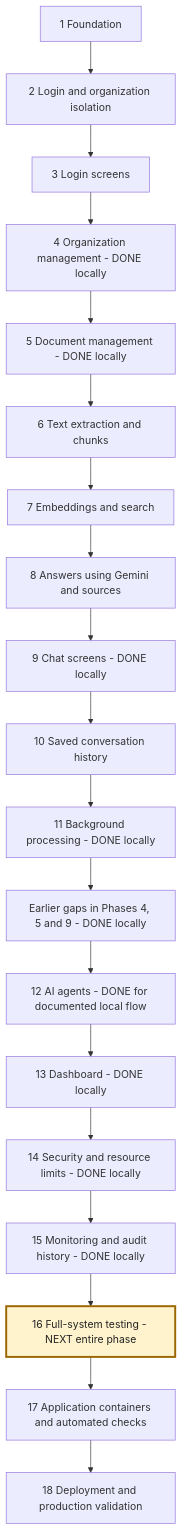
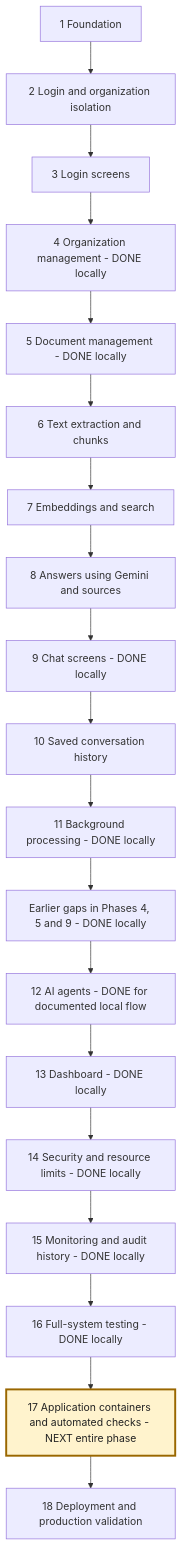
One commit to msdian0007/nexaAi changed the second of 7 diagrams in NEXAAI_ROADMAP.md. Above: the diagram before and after it, drawn with Mermaid. The commit also changed other lines of this file and 6 other files, not shown here.

````diff
--- a/NEXAAI_ROADMAP.md
+++ b/NEXAAI_ROADMAP.md
@@ -215,22 +224,22 @@
 ```mermaid
 flowchart TD
     A[1 Foundation] --> B[2 Login and organization isolation]
     B --> C[3 Login screens]
     C --> D[4 Organization management - DONE locally]
     D --> E[5 Document management - DONE locally]
     E --> F[6 Text extraction and chunks]
     F --> G[7 Embeddings and search]
     G --> H[8 Answers using Gemini and sources]
     H --> I[9 Chat screens - DONE locally]
     I --> J[10 Saved conversation history]
     J --> K[11 Background processing - DONE locally]
     K --> L[Earlier gaps in Phases 4, 5 and 9 - DONE locally]
     L --> M[12 AI agents - DONE for documented local flow]
     M --> N[13 Dashboard - DONE locally]
     N --> O[14 Security and resource limits - DONE locally]
     O --> P[15 Monitoring and audit history - DONE locally]
-    P --> Q[16 Full-system testing - NEXT entire phase]
-    Q --> R[17 Application containers and automated checks]
+    P --> Q[16 Full-system testing - DONE locally]
+    Q --> R[17 Application containers and automated checks - NEXT entire phase]
     R --> S[18 Deployment and production validation]
-    style Q fill:#fff3cd,stroke:#9a6700,stroke-width:3px,color:#222
+    style R fill:#fff3cd,stroke:#9a6700,stroke-width:3px,color:#222
 ```
````
